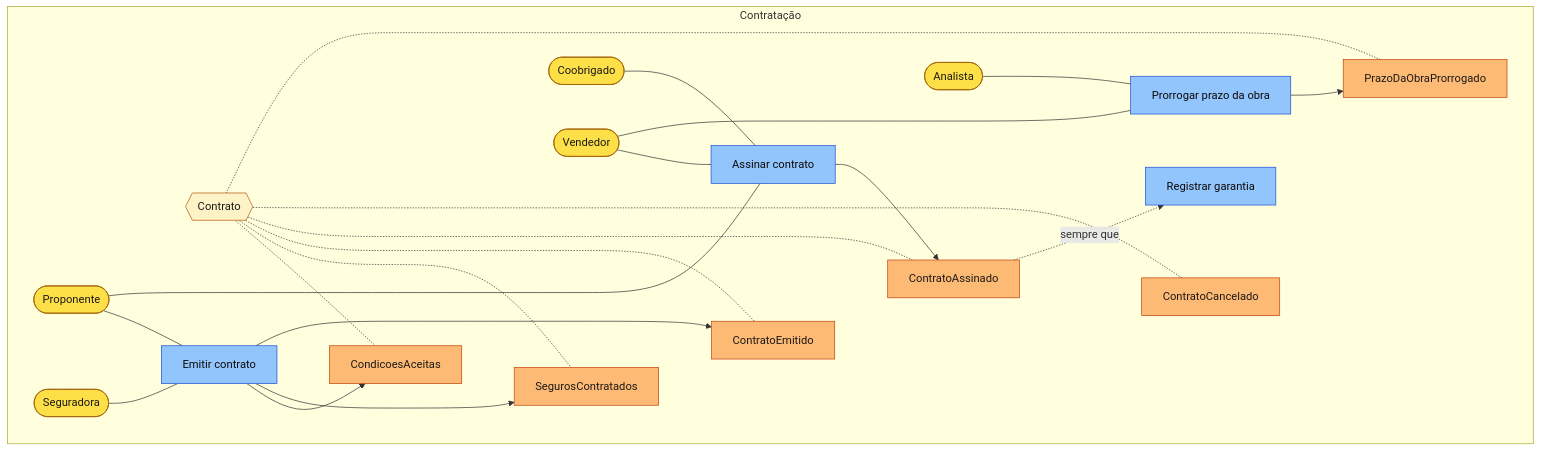
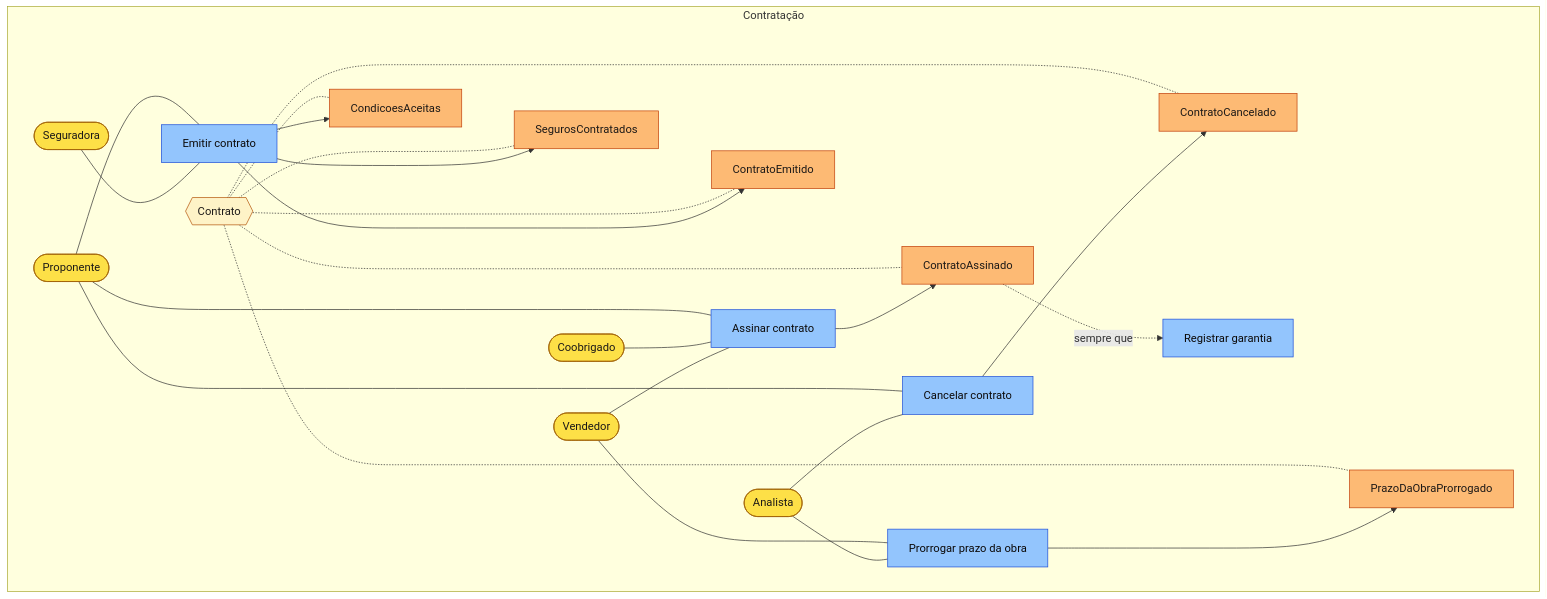
One commit to lucasqss/sistema-financiamento changed the eighth of 12 diagrams in docs/dominio/especificacao.md. Above: the diagram before and after it, drawn with Mermaid. The commit also changed other lines of this file and 3 other files, not shown here.

````diff
--- a/docs/dominio/especificacao.md
+++ b/docs/dominio/especificacao.md
@@ -1476,51 +1582,55 @@
 ```mermaid
 flowchart LR
     subgraph DOM_0004_es["Contratação"]
         direction LR
         EVT_0021["CondicoesAceitas"]:::evento
         AGR_0002{{"Contrato"}}:::agregado
-        UC_0011["Emitir contrato"]:::comando
+        UC_0014["Emitir contrato"]:::comando
         ATR_0001(["Proponente"]):::ator
         ATR_0011(["Seguradora"]):::ator
         EVT_0022["SegurosContratados"]:::evento
         EVT_0023["ContratoEmitido"]:::evento
         EVT_0024["ContratoAssinado"]:::evento
-        UC_0012["Assinar contrato"]:::comando
+        UC_0015["Assinar contrato"]:::comando
         ATR_0002(["Coobrigado"]):::ator
         ATR_0003(["Vendedor"]):::ator
-        UC_0014["Registrar garantia"]:::comando
+        UC_0018["Registrar garantia"]:::comando
         EVT_0025["ContratoCancelado"]:::evento
+        UC_0016["Cancelar contrato"]:::comando
+        ATR_0005(["Analista"]):::ator
         EVT_0026["PrazoDaObraProrrogado"]:::evento
-        UC_0013["Prorrogar prazo da obra"]:::comando
-        ATR_0005(["Analista"]):::ator
+        UC_0017["Prorrogar prazo da obra"]:::comando
     end
     AGR_0002 -.- EVT_0021
-    UC_0011 --> EVT_0021
-    ATR_0001 --- UC_0011
-    ATR_0011 --- UC_0011
+    UC_0014 --> EVT_0021
+    ATR_0001 --- UC_0014
+    ATR_0011 --- UC_0014
     EVT_0021 ~~~ EVT_0022
     AGR_0002 -.- EVT_0022
-    UC_0011 --> EVT_0022
+    UC_0014 --> EVT_0022
     EVT_0022 ~~~ EVT_0023
     AGR_0002 -.- EVT_0023
-    UC_0011 --> EVT_0023
+    UC_0014 --> EVT_0023
     EVT_0023 ~~~ EVT_0024
     AGR_0002 -.- EVT_0024
-    UC_0012 --> EVT_0024
-    ATR_0001 --- UC_0012
-    ATR_0002 --- UC_0012
-    ATR_0003 --- UC_0012
+    UC_0015 --> EVT_0024
+    ATR_0001 --- UC_0015
+    ATR_0002 --- UC_0015
+    ATR_0003 --- UC_0015
     EVT_0024 ~~~ EVT_0025
     AGR_0002 -.- EVT_0025
+    UC_0016 --> EVT_0025
+    ATR_0001 --- UC_0016
+    ATR_0005 --- UC_0016
     EVT_0025 ~~~ EVT_0026
     AGR_0002 -.- EVT_0026
-    UC_0013 --> EVT_0026
-    ATR_0003 --- UC_0013
-    ATR_0005 --- UC_0013
-    EVT_0024 -.->|sempre que| UC_0014
+    UC_0017 --> EVT_0026
+    ATR_0003 --- UC_0017
+    ATR_0005 --- UC_0017
+    EVT_0024 -.->|sempre que| UC_0018
     classDef evento fill:#fdba74,stroke:#c2410c,color:#1c1917
     classDef comando fill:#93c5fd,stroke:#1d4ed8,color:#0c0a09
     classDef ator fill:#fde047,stroke:#a16207,color:#1c1917
     classDef agregado fill:#fef3c7,stroke:#b45309,color:#1c1917
     classDef semOrigem stroke-dasharray:5 4,stroke-width:2px
 ```
````
